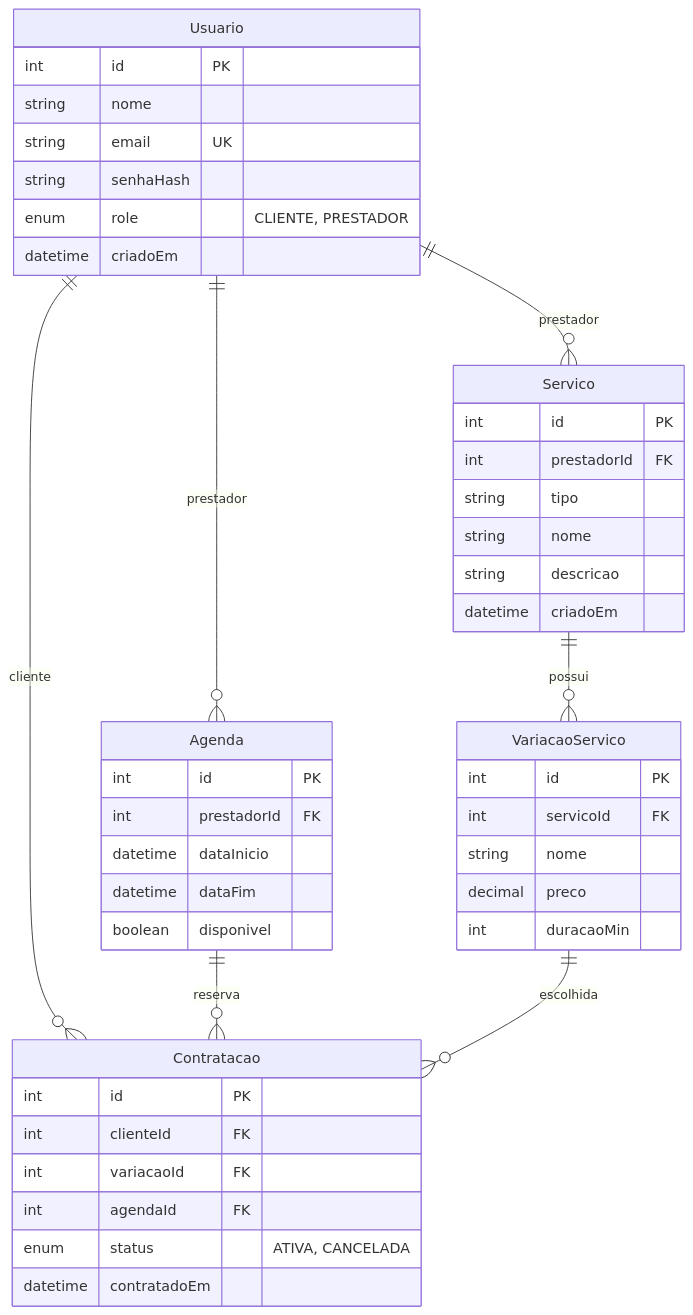
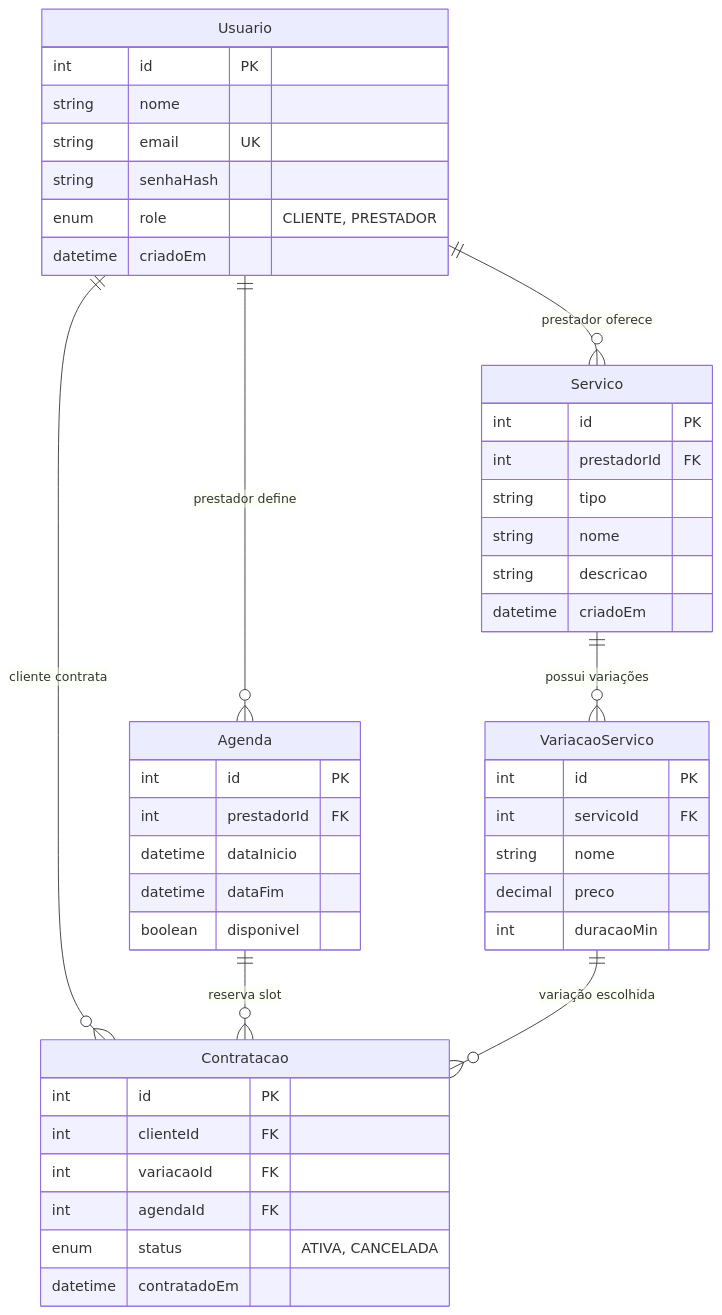
Before and after one commit to JVitorbs/mini-marketplace-services: the third of 6 diagrams in README.md, drawn with Mermaid. The commit also changed other lines of this file, not shown here.

````diff
--- a/README.md
+++ b/README.md
@@ -37,52 +133,52 @@
 ```mermaid
 erDiagram
     Usuario {
         int id PK
         string nome
         string email UK
         string senhaHash
         enum role "CLIENTE, PRESTADOR"
         datetime criadoEm
     }
 
     Servico {
         int id PK
         int prestadorId FK
         string tipo
         string nome
         string descricao
         datetime criadoEm
     }
 
     VariacaoServico {
         int id PK
         int servicoId FK
         string nome
         decimal preco
         int duracaoMin
     }
 
     Agenda {
         int id PK
         int prestadorId FK
         datetime dataInicio
         datetime dataFim
         boolean disponivel
     }
 
     Contratacao {
         int id PK
         int clienteId FK
         int variacaoId FK
         int agendaId FK
         enum status "ATIVA, CANCELADA"
         datetime contratadoEm
     }
 
-    Usuario ||--o{ Servico : prestador
-    Usuario ||--o{ Agenda : prestador
-    Usuario ||--o{ Contratacao : cliente
-    Servico ||--o{ VariacaoServico : possui
-    Agenda ||--o{ Contratacao : reserva
-    VariacaoServico ||--o{ Contratacao : escolhida
+    Usuario ||--o{ Servico : "prestador oferece"
+    Usuario ||--o{ Agenda : "prestador define"
+    Usuario ||--o{ Contratacao : "cliente contrata"
+    Servico ||--o{ VariacaoServico : "possui variações"
+    Agenda ||--o{ Contratacao : "reserva slot"
+    VariacaoServico ||--o{ Contratacao : "variação escolhida"
 ```
````
